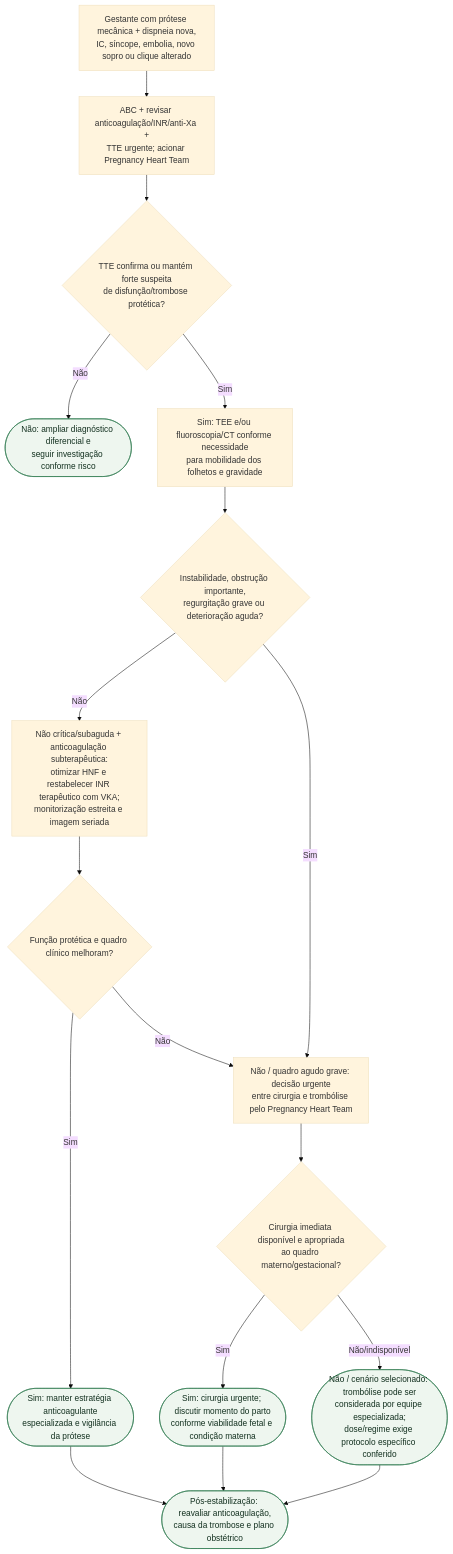
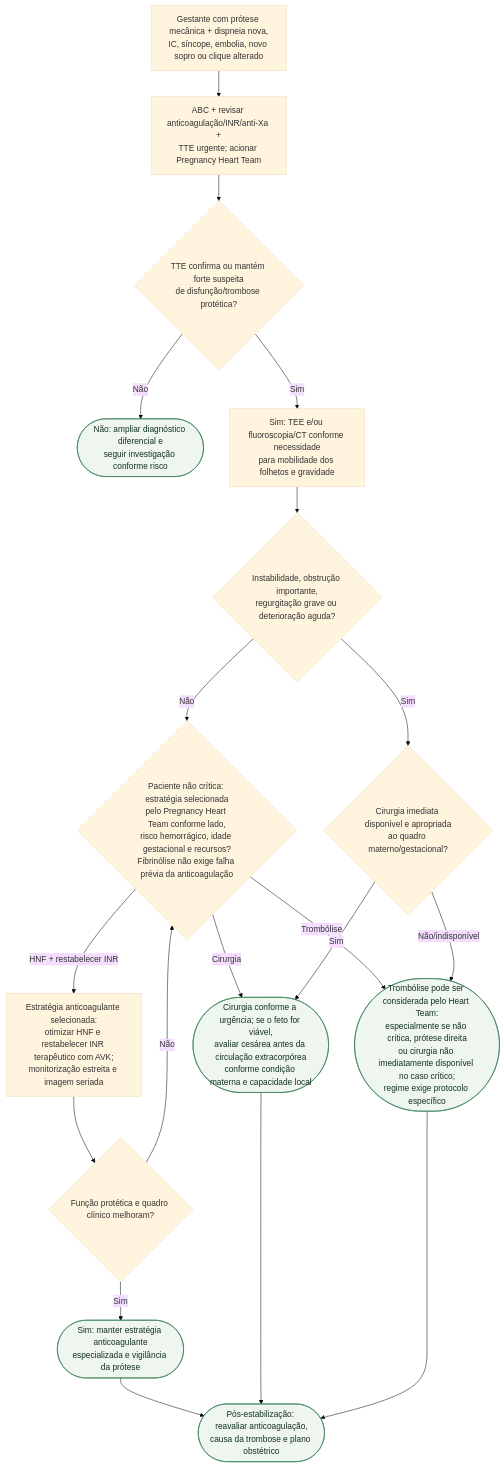
Before and after one commit to rafaelpaesmeirelles/MeuCardio: the diagram in content/Gravidez/fluxograma-trombose-de-protese-valvar-mecanica-na-gestacao.md, drawn with Mermaid (base theme). The commit also changed other lines of this file and 201 other files, not shown here.

````diff
--- a/content/Gravidez/fluxograma-trombose-de-protese-valvar-mecanica-na-gestacao.md
+++ b/content/Gravidez/fluxograma-trombose-de-protese-valvar-mecanica-na-gestacao.md
@@ -13,37 +14,39 @@
 ```mermaid
 flowchart TD
   R0["Gestante com prótese mecânica + dispneia nova,<br/>IC, síncope, embolia, novo sopro ou clique alterado"]
   P1["ABC + revisar anticoagulação/INR/anti-Xa +<br/>TTE urgente; acionar Pregnancy Heart Team"]
   D1{"TTE confirma ou mantém forte suspeita<br/>de disfunção/trombose protética?"}
   C1(["Não: ampliar diagnóstico diferencial e<br/>seguir investigação conforme risco"])
   P2["Sim: TEE e/ou fluoroscopia/CT conforme necessidade<br/>para mobilidade dos folhetos e gravidade"]
   D2{"Instabilidade, obstrução importante,<br/>regurgitação grave ou deterioração aguda?"}
-  P3["Não crítica/subaguda + anticoagulação subterapêutica:<br/>otimizar HNF e restabelecer INR terapêutico com VKA;<br/>monitorização estreita e imagem seriada"]
+  P3["Estratégia anticoagulante selecionada:<br/>otimizar HNF e restabelecer INR terapêutico com AVK;<br/>monitorização estreita e imagem seriada"]
   D3{"Função protética e quadro clínico melhoram?"}
   C2(["Sim: manter estratégia anticoagulante<br/>especializada e vigilância da prótese"])
-  P4["Não / quadro agudo grave: decisão urgente<br/>entre cirurgia e trombólise pelo Pregnancy Heart Team"]
-  D4{"Cirurgia imediata disponível e apropriada<br/>ao quadro materno/gestacional?"}
-  C3(["Sim: cirurgia urgente; discutir momento do parto<br/>conforme viabilidade fetal e condição materna"])
-  C4(["Não / cenário selecionado: trombólise pode ser<br/>considerada por equipe especializada;<br/>dose/regime exige protocolo específico conferido"])
+  D5{"Cirurgia imediata disponível e apropriada<br/>ao quadro materno/gestacional?"}
+  C3(["Cirurgia conforme a urgência; se o feto for viável,<br/>avaliar cesárea antes da circulação extracorpórea<br/>conforme condição materna e capacidade local"])
+  C4(["Trombólise pode ser considerada pelo Heart Team:<br/>especialmente se não crítica, prótese direita<br/>ou cirurgia não imediatamente disponível no caso crítico;<br/>regime exige protocolo específico"])
+  D6{"Paciente não crítica: estratégia selecionada<br/>pelo Pregnancy Heart Team conforme lado,<br/>risco hemorrágico, idade gestacional e recursos?<br/>Fibrinólise não exige falha prévia da anticoagulação"}
   C5(["Pós-estabilização: reavaliar anticoagulação,<br/>causa da trombose e plano obstétrico"])
 
   R0 --> P1
   P1 --> D1
   D1 -->|"Não"| C1
   D1 -->|"Sim"| P2
   P2 --> D2
-  D2 -->|"Não"| P3
-  D2 -->|"Sim"| P4
+  D2 -->|"Não"| D6
+  D2 -->|"Sim"| D5
   P3 --> D3
   D3 -->|"Sim"| C2
-  D3 -->|"Não"| P4
-  P4 --> D4
-  D4 -->|"Sim"| C3
-  D4 -->|"Não/indisponível"| C4
+  D3 -->|"Não"| D6
+  D6 -->|"HNF + restabelecer INR"| P3
+  D6 -->|"Cirurgia"| C3
+  D6 -->|"Trombólise"| C4
+  D5 -->|"Sim"| C3
+  D5 -->|"Não/indisponível"| C4
   C2 --> C5
   C3 --> C5
   C4 --> C5
 
   classDef conduta fill:#eef6ef,stroke:#2f7a4f,color:#12301f;
   class C1,C2,C3,C4,C5 conduta;
 ```
````
